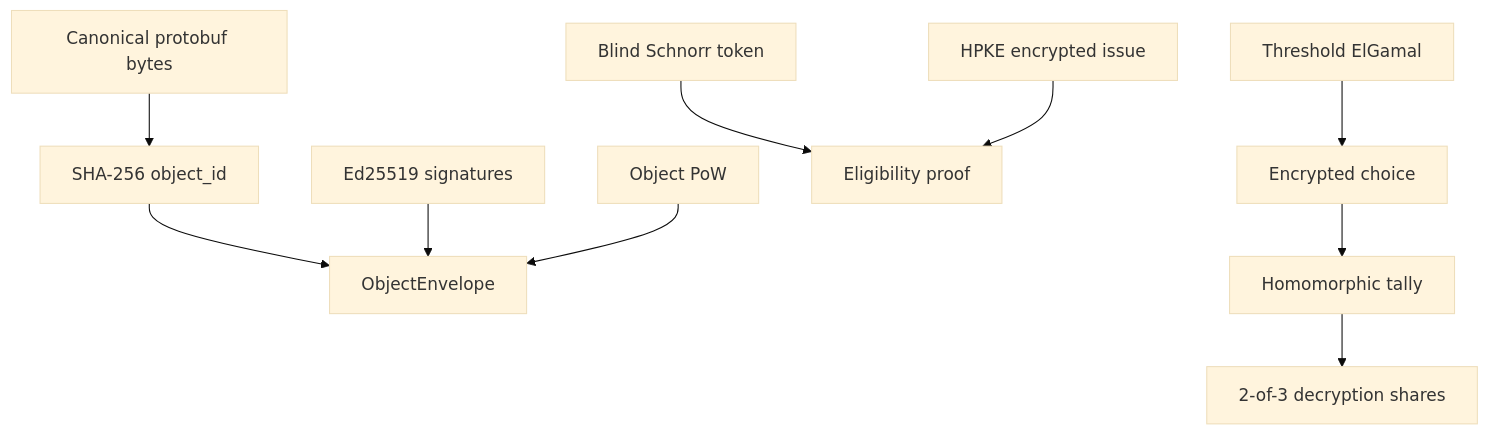
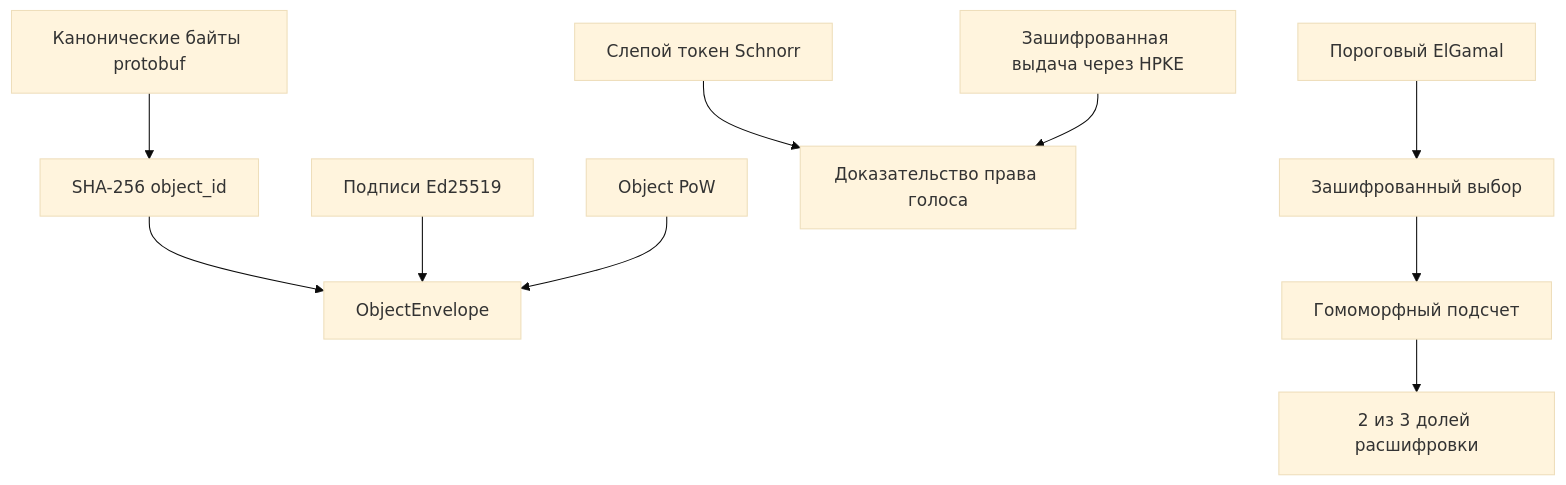
One commit to arshtanko/librevote changed the ninth of 17 diagrams in librevote-presentation-ru.md. Above: the diagram before and after it, drawn with Mermaid (base theme). The commit also changed other lines of this file, not shown here.

````diff
--- a/librevote-presentation-ru.md
+++ b/librevote-presentation-ru.md
@@ -255,13 +281,13 @@
 ```mermaid
 flowchart TB
-  A[Canonical protobuf bytes] --> B[SHA-256 object_id]
+  A[Канонические байты protobuf] --> B[SHA-256 object_id]
   B --> C[ObjectEnvelope]
-  D[Ed25519 signatures] --> C
+  D[Подписи Ed25519] --> C
   E[Object PoW] --> C
 
-  F[Blind Schnorr token] --> G[Eligibility proof]
-  H[HPKE encrypted issue] --> G
-  I[Threshold ElGamal] --> J[Encrypted choice]
-  J --> K[Homomorphic tally]
-  K --> L[2-of-3 decryption shares]
+  F[Слепой токен Schnorr] --> G[Доказательство права голоса]
+  H[Зашифрованная выдача через HPKE] --> G
+  I[Пороговый ElGamal] --> J[Зашифрованный выбор]
+  J --> K[Гомоморфный подсчет]
+  K --> L[2 из 3 долей расшифровки]
 ```
````
